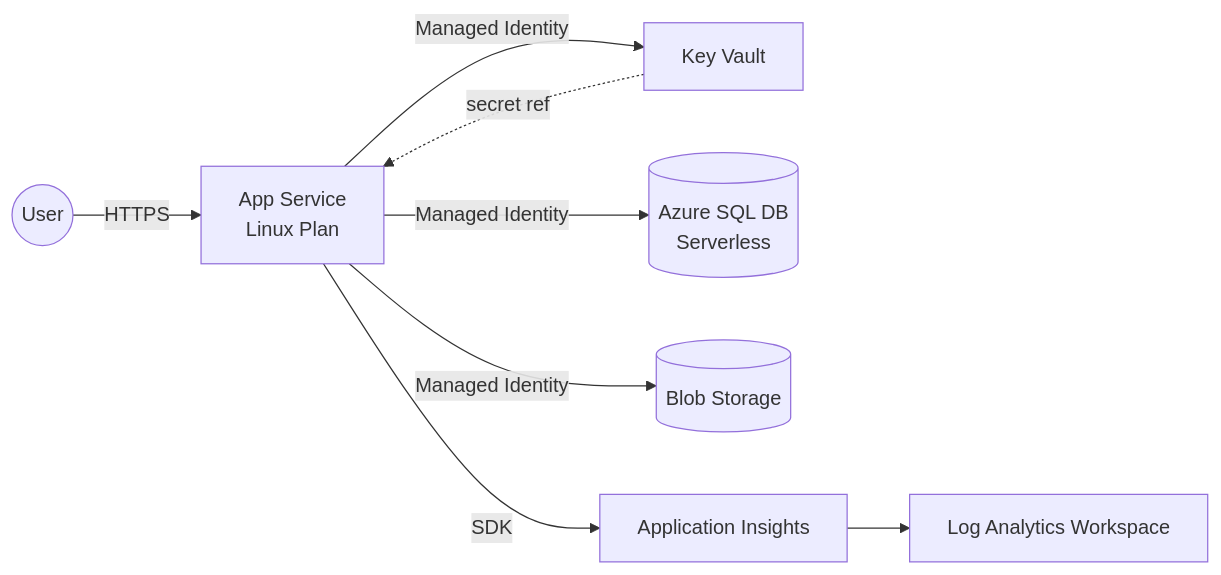
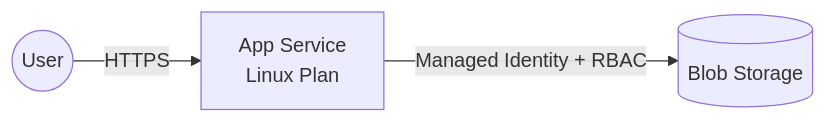
The diagram in docs/01-design.md (hoisjp/GithubCpilot_IaC_Handson), drawn with Mermaid before and after one commit. The commit also changed other lines of this file and 20 other files, not shown here.

````diff
--- a/docs/01-design.md
+++ b/docs/01-design.md
@@ -79,10 +119,5 @@
 ```mermaid
 flowchart LR
     User((User)) -->|HTTPS| AppSvc[App Service<br/>Linux Plan]
-    AppSvc -->|Managed Identity| KV[Key Vault]
-    AppSvc -->|Managed Identity| SQL[(Azure SQL DB<br/>Serverless)]
-    AppSvc -->|Managed Identity| Blob[(Blob Storage)]
-    AppSvc -->|SDK| AI[Application Insights]
-    AI --> LAW[Log Analytics Workspace]
-    KV -.secret ref.-> AppSvc
+    AppSvc -->|Managed Identity + RBAC| Blob[(Blob Storage)]
 ```
````
